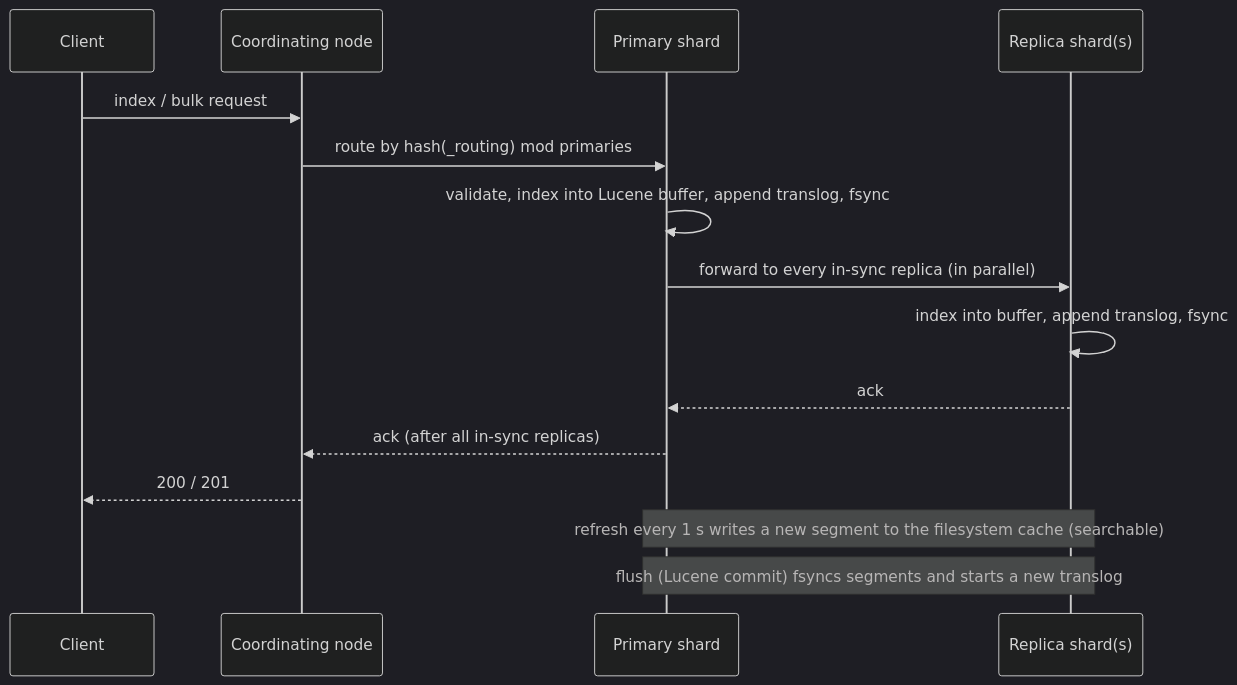
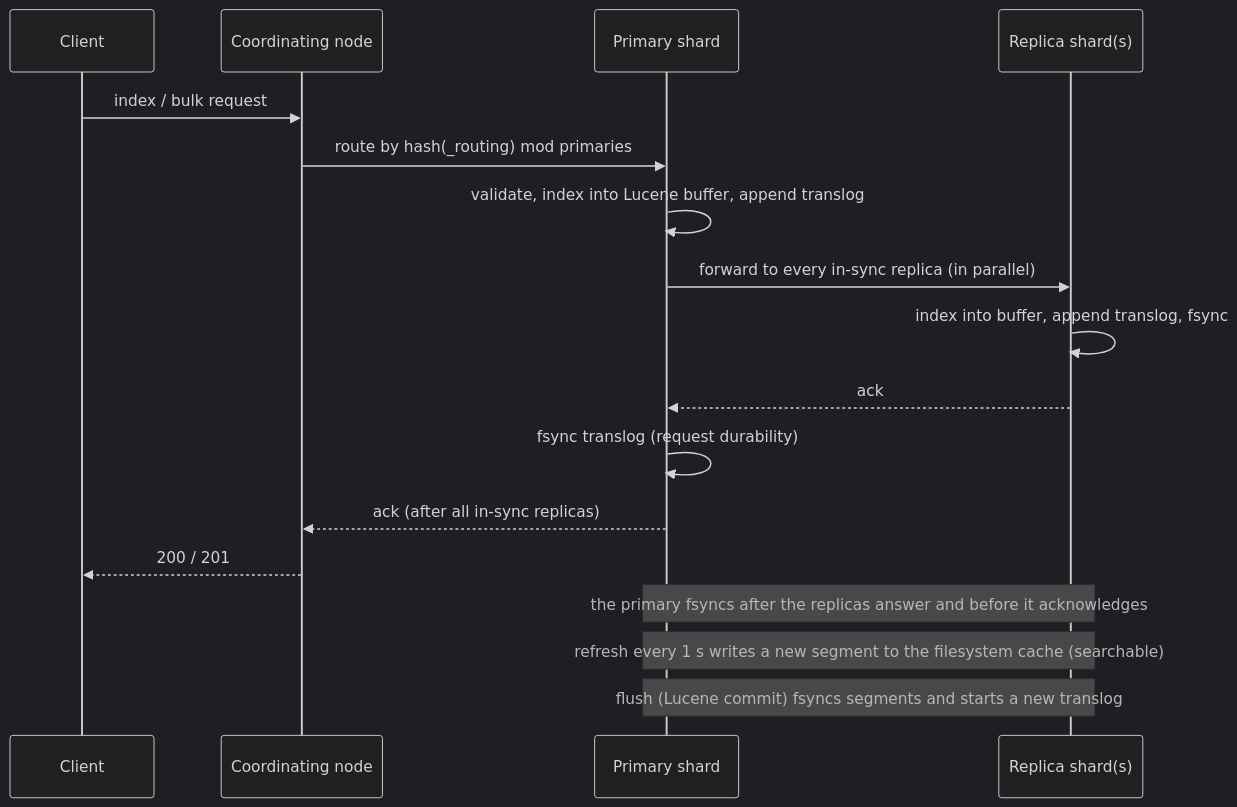
Before and after one commit to ryannel/staycurrent: the diagram in topics/elasticsearch/article.md, drawn with Mermaid (dark theme). The commit also changed other lines of this file and 5 other files, not shown here.

````diff
--- a/topics/elasticsearch/article.md
+++ b/topics/elasticsearch/article.md
@@ -51,17 +45,19 @@
 ```mermaid
 sequenceDiagram
     participant C as Client
     participant K as Coordinating node
     participant P as Primary shard
     participant R as Replica shard(s)
     C->>K: index / bulk request
     K->>P: route by hash(_routing) mod primaries
-    P->>P: validate, index into Lucene buffer, append translog, fsync
+    P->>P: validate, index into Lucene buffer, append translog
     P->>R: forward to every in-sync replica (in parallel)
     R->>R: index into buffer, append translog, fsync
     R-->>P: ack
+    P->>P: fsync translog (request durability)
     P-->>K: ack (after all in-sync replicas)
     K-->>C: 200 / 201
+    Note over P,R: the primary fsyncs after the replicas answer and before it acknowledges
     Note over P,R: refresh every 1 s writes a new segment to the filesystem cache (searchable)
     Note over P,R: flush (Lucene commit) fsyncs segments and starts a new translog
 ```
````
